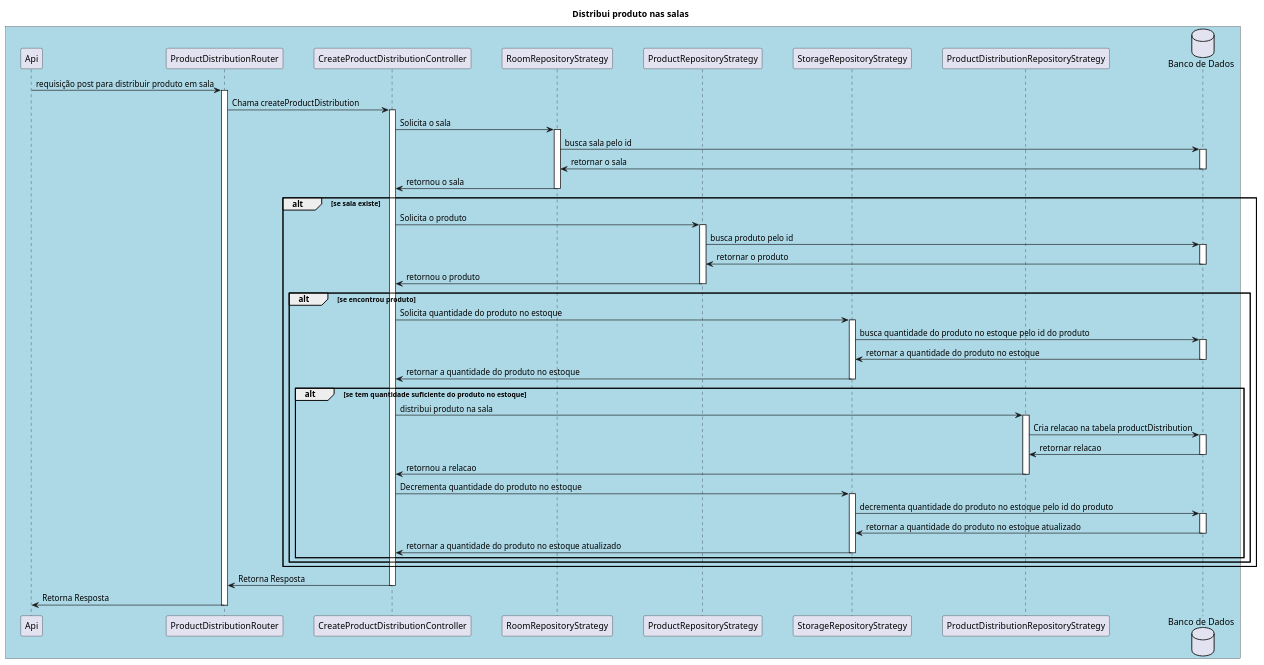
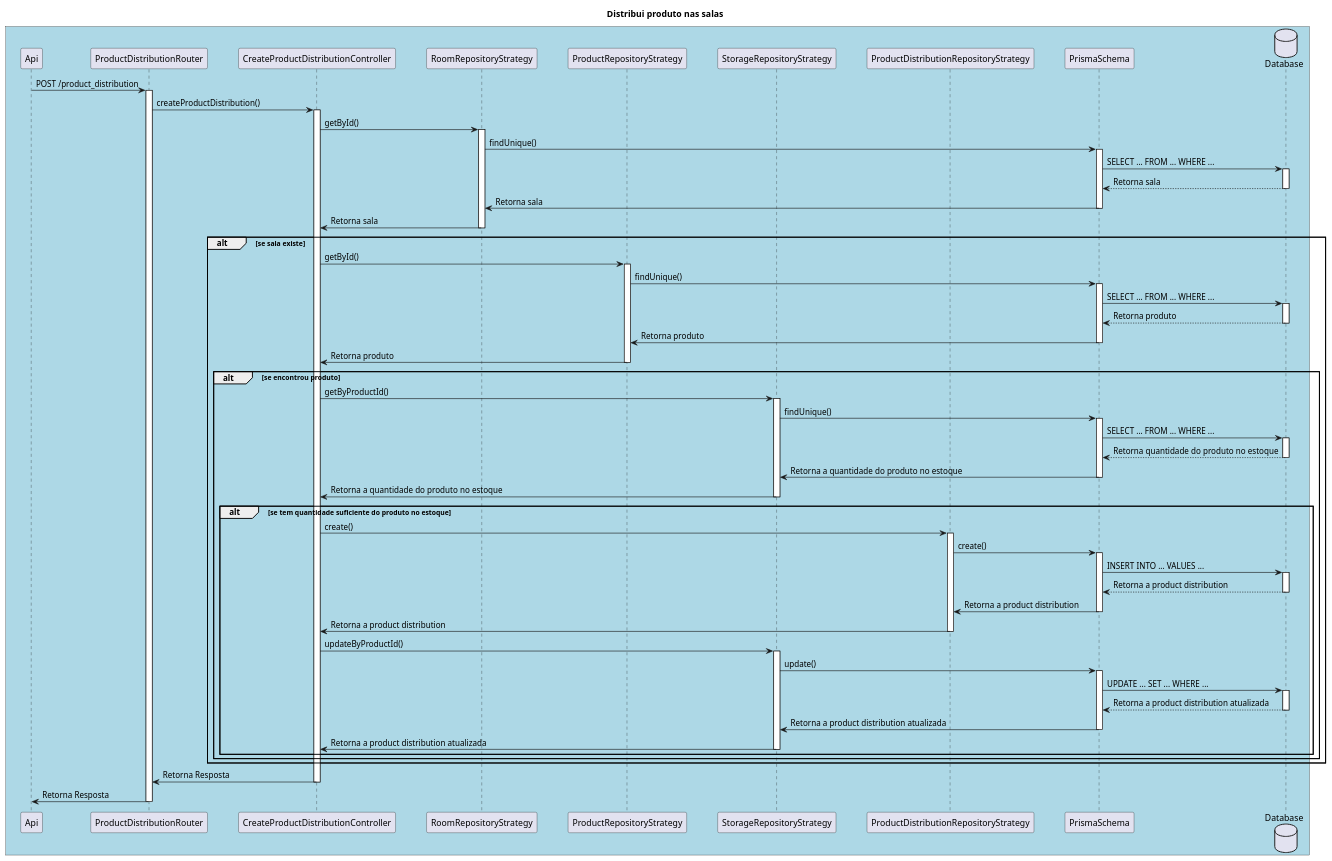
One commit to vaniacourses/projeto-software-robson-caetano changed the diagram in docs/sequencia/distribui-produtos-sala.puml. Above: the diagram before and after it, drawn with PlantUML.

Commit message:
docs: atualiza diagrama de sequencia de distribuicao de produtos

```diff
--- a/docs/sequencia/distribui-produtos-sala.puml
+++ b/docs/sequencia/distribui-produtos-sala.puml
@@ -1,78 +1,99 @@
 @startuml
 skinparam participantPadding 20
 skinparam boxPadding 10
 
 title "Distribui produto nas salas" 
 
 box #LightBlue
 participant "Api" as A
 participant "ProductDistributionRouter" as R
 participant "CreateProductDistributionController" as C
 participant "RoomRepositoryStrategy" as RRP
 participant "ProductRepositoryStrategy" as PRP
 participant "StorageRepositoryStrategy" as SRP
 participant "ProductDistributionRepositoryStrategy" as PDRP
-database "Banco de Dados" as DB
+participant "PrismaSchema" as PS
+database "Database" as DB
 
-A -> R: requisição post para distribuir produto em sala
+A -> R: POST /product_distribution
 activate R
-R -> C: Chama createProductDistribution
+R -> C: createProductDistribution()
 activate C
 
-C -> RRP: Solicita o sala
+C -> RRP: getById()
 activate RRP
-RRP -> DB: busca sala pelo id
+RRP -> PS: findUnique()
+activate PS
+PS -> DB: SELECT ... FROM ... WHERE ...
 activate DB
-DB -> RRP: retornar o sala
+DB --> PS: Retorna sala
 deactivate DB
-RRP -> C: retornou o sala
+PS -> RRP: Retorna sala
+deactivate PS
+RRP -> C: Retorna sala
 deactivate RRP
 
 alt se sala existe
-    C -> PRP: Solicita o produto
+    C -> PRP: getById()
     activate PRP
-    PRP -> DB: busca produto pelo id
+    PRP -> PS: findUnique()
+    activate PS
+    PS -> DB: SELECT ... FROM ... WHERE ...
     activate DB
-    DB -> PRP: retornar o produto
+    DB --> PS: Retorna produto
     deactivate DB
-    PRP -> C: retornou o produto
+    PS -> PRP: Retorna produto
+    deactivate PS
+    PRP -> C: Retorna produto
     deactivate PRP
 
     alt se encontrou produto
-        C -> SRP: Solicita quantidade do produto no estoque
+        C -> SRP: getByProductId()
         activate SRP
-        SRP -> DB: busca quantidade do produto no estoque pelo id do produto
+        SRP -> PS: findUnique()
+        activate PS
+        PS -> DB: SELECT ... FROM ... WHERE ...
         activate DB
-        DB -> SRP: retornar a quantidade do produto no estoque
+        DB --> PS: Retorna quantidade do produto no estoque
         deactivate DB
-        SRP -> C: retornar a quantidade do produto no estoque
+        PS -> SRP: Retorna a quantidade do produto no estoque
+        deactivate PS
+        SRP -> C: Retorna a quantidade do produto no estoque
         deactivate SRP
 
         alt se tem quantidade suficiente do produto no estoque
-          C -> PDRP: distribui produto na sala
+          C -> PDRP: create()
           activate PDRP
-          PDRP -> DB: Cria relacao na tabela productDistribution
+          PDRP -> PS: create()
+          activate PS
+          PS -> DB: INSERT INTO ... VALUES ...
           activate DB
-          DB -> PDRP: retornar relacao
+          DB --> PS: Retorna a product distribution
           deactivate DB
-          PDRP -> C: retornou a relacao
+          PS -> PDRP: Retorna a product distribution
+          deactivate PS
+          PDRP -> C: Retorna a product distribution
           deactivate PDRP
 
-          C -> SRP: Decrementa quantidade do produto no estoque
+          C -> SRP: updateByProductId()
           activate SRP
-          SRP -> DB: decrementa quantidade do produto no estoque pelo id do produto
+          SRP -> PS: update()
+          activate PS
+          PS -> DB: UPDATE ... SET ... WHERE ...
           activate DB
-          DB -> SRP: retornar a quantidade do produto no estoque atualizado
+          DB --> PS: Retorna a product distribution atualizada
           deactivate DB
-          SRP -> C: retornar a quantidade do produto no estoque atualizado
+          PS -> SRP: Retorna a product distribution atualizada
+          deactivate PS
+          SRP -> C: Retorna a product distribution atualizada
           deactivate SRP
       end
     end
 end
 
 C -> R: Retorna Resposta
 deactivate C
 R -> A: Retorna Resposta
 deactivate R
 
 @enduml
```
